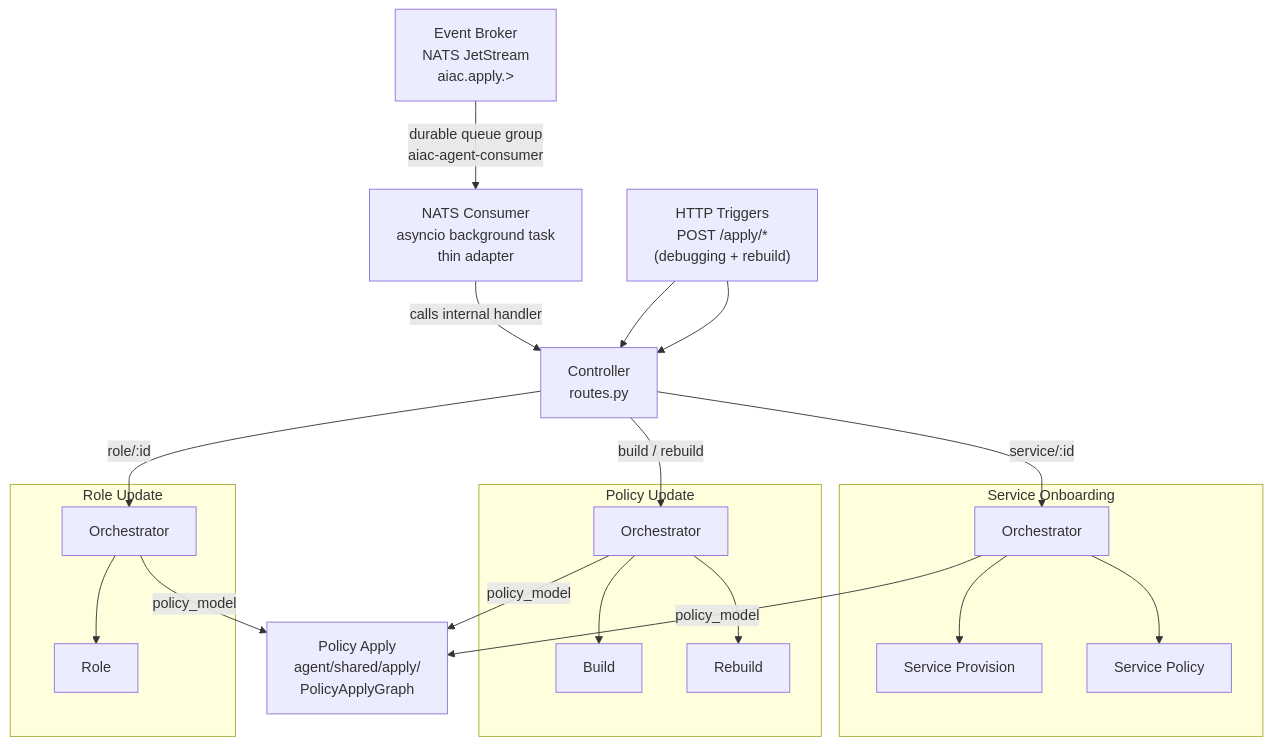
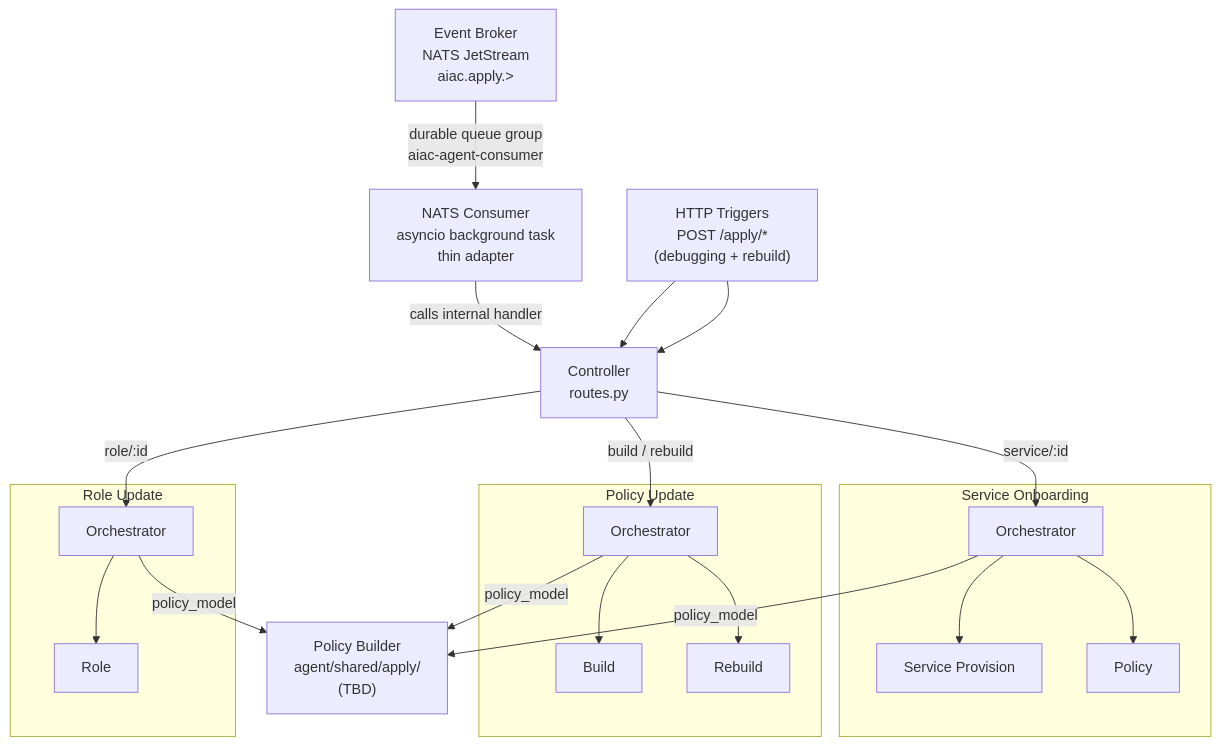
The first of 4 diagrams in inception/requirements/components/aiac-agent.md (rossoctl/aiac), drawn with Mermaid before and after one commit. The commit also changed other lines of this file and 5 other files, not shown here.

````diff
--- a/inception/requirements/components/aiac-agent.md
+++ b/inception/requirements/components/aiac-agent.md
@@ -30,44 +30,44 @@
 ```mermaid
 flowchart TD
     NATS["Event Broker\nNATS JetStream\naiac.apply.>"]
     NATS_CONSUMER["NATS Consumer\nasyncio background task\nthin adapter"]
     TRIGGERS["HTTP Triggers\nPOST /apply/*\n(debugging + rebuild)"]
     CTRL["Controller\nroutes.py"]
 
     NATS -->|"durable queue group\naiac-agent-consumer"| NATS_CONSUMER
     NATS_CONSUMER -->|"calls internal handler"| CTRL
     TRIGGERS --> CTRL
 
     subgraph CO["Service Onboarding"]
         ORC1["Orchestrator"]
         SA1["Service Provision"]
-        SA2["Service Policy"]
+        SA2["Policy"]
         ORC1 --> SA1
         ORC1 --> SA2
     end
 
     subgraph PU["Policy Update"]
         ORC2["Orchestrator"]
         SA4["Build"]
         SA5["Rebuild"]
         ORC2 --> SA4
         ORC2 --> SA5
     end
 
     subgraph RR["Role Update"]
         ORC3["Orchestrator"]
         SA6["Role"]
         ORC3 --> SA6
     end
 
-    APPLY["Policy Apply\nagent/shared/apply/\nPolicyApplyGraph"]
+    APPLY["Policy Builder\nagent/shared/apply/\n(TBD)"]
 
     ORC1 -->|"policy_model"| APPLY
     ORC2 -->|"policy_model"| APPLY
     ORC3 -->|"policy_model"| APPLY
 
     TRIGGERS --> CTRL
     CTRL -->|"role/:id"| ORC3
     CTRL -->|"build / rebuild"| ORC2
     CTRL -->|"service/:id"| ORC1
 ```
````
